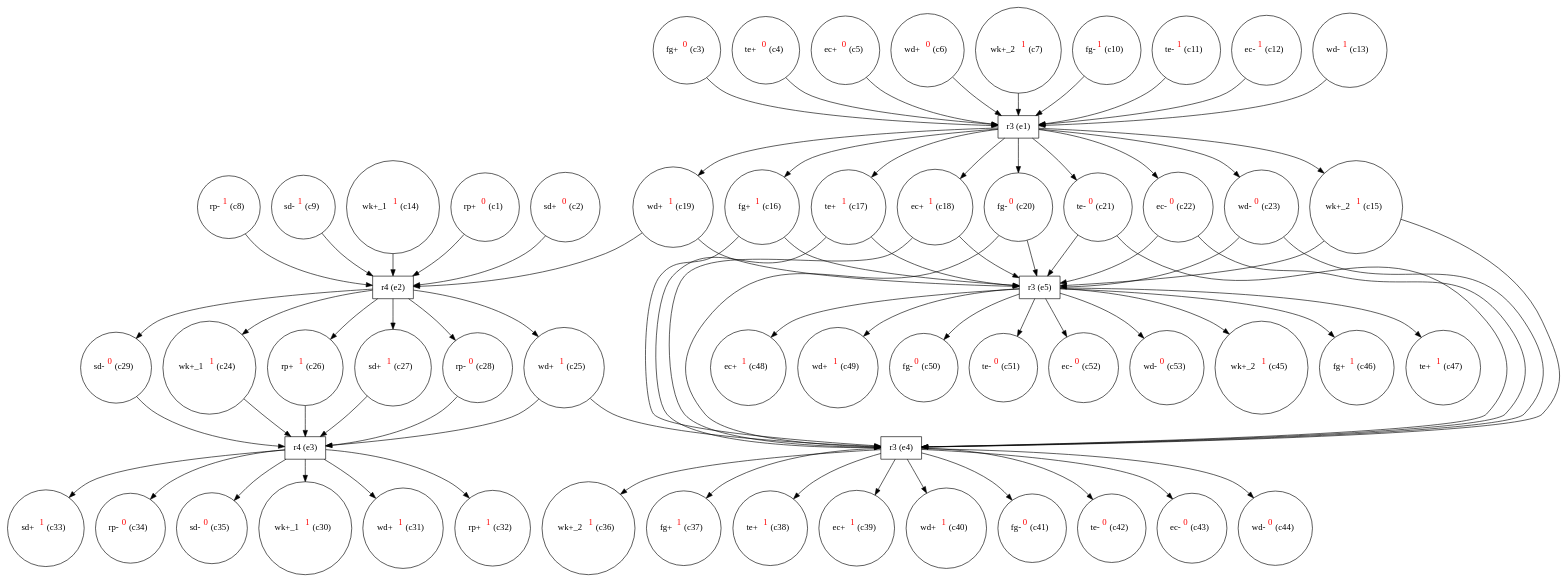
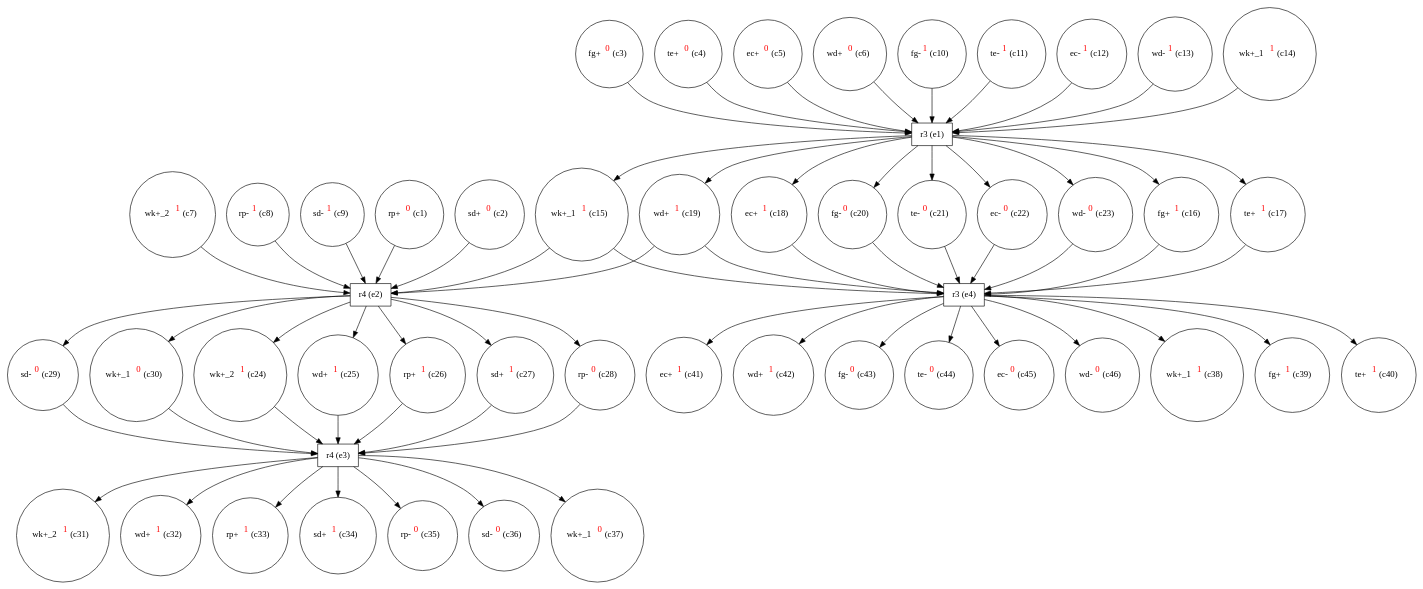
The diagram in termites_r3_eg.dot (giannkas/ecofolder), drawn with Graphviz before and after one commit. The commit also changed 25 other files, not shown here.

```diff
--- a/termites_r3_eg.dot
+++ b/termites_r3_eg.dot
@@ -1,138 +1,116 @@
 digraph test {
   c1 -> e2;
   c2 -> e2;
   c3 -> e1;
   c4 -> e1;
   c5 -> e1;
   c6 -> e1;
-  c7 -> e1;
+  c7 -> e2;
   c8 -> e2;
   c9 -> e2;
   c10 -> e1;
   c11 -> e1;
   c12 -> e1;
   c13 -> e1;
-  c14 -> e2;
+  c14 -> e1;
   e1 -> c15;
+  c15 -> e2;
   c15 -> e4;
-  c15 -> e5;
   e1 -> c16;
   c16 -> e4;
-  c16 -> e5;
   e1 -> c17;
   c17 -> e4;
-  c17 -> e5;
   e1 -> c18;
   c18 -> e4;
-  c18 -> e5;
   e1 -> c19;
   c19 -> e2;
-  c19 -> e5;
+  c19 -> e4;
   e1 -> c20;
   c20 -> e4;
-  c20 -> e5;
   e1 -> c21;
   c21 -> e4;
-  c21 -> e5;
   e1 -> c22;
   c22 -> e4;
-  c22 -> e5;
   e1 -> c23;
   c23 -> e4;
-  c23 -> e5;
   e2 -> c24;
   c24 -> e3;
   e2 -> c25;
   c25 -> e3;
-  c25 -> e4;
   e2 -> c26;
   c26 -> e3;
   e2 -> c27;
   c27 -> e3;
   e2 -> c28;
   c28 -> e3;
   e2 -> c29;
   c29 -> e3;
-  e3 -> c30;
+  e2 -> c30;
+  c30 -> e3;
   e3 -> c31;
   e3 -> c32;
   e3 -> c33;
   e3 -> c34;
   e3 -> c35;
-  e4 -> c36;
-  e4 -> c37;
+  e3 -> c36;
+  e3 -> c37;
   e4 -> c38;
   e4 -> c39;
   e4 -> c40;
   e4 -> c41;
   e4 -> c42;
   e4 -> c43;
   e4 -> c44;
-  e5 -> c45;
-  e5 -> c46;
-  e5 -> c47;
-  e5 -> c48;
-  e5 -> c49;
-  e5 -> c50;
-  e5 -> c51;
-  e5 -> c52;
-  e5 -> c53;
+  e4 -> c45;
+  e4 -> c46;
   c1 [label= <rp+<FONT COLOR="red"><SUP>0</SUP></FONT>&nbsp;(c1)> shape=circle];
   c2 [label= <sd+<FONT COLOR="red"><SUP>0</SUP></FONT>&nbsp;(c2)> shape=circle];
   c3 [label= <fg+<FONT COLOR="red"><SUP>0</SUP></FONT>&nbsp;(c3)> shape=circle];
   c4 [label= <te+<FONT COLOR="red"><SUP>0</SUP></FONT>&nbsp;(c4)> shape=circle];
   c5 [label= <ec+<FONT COLOR="red"><SUP>0</SUP></FONT>&nbsp;(c5)> shape=circle];
   c6 [label= <wd+<FONT COLOR="red"><SUP>0</SUP></FONT>&nbsp;(c6)> shape=circle];
   c7 [label= <wk+_2<FONT COLOR="red"><SUP>1</SUP></FONT>&nbsp;(c7)> shape=circle];
   c8 [label= <rp-<FONT COLOR="red"><SUP>1</SUP></FONT>&nbsp;(c8)> shape=circle];
   c9 [label= <sd-<FONT COLOR="red"><SUP>1</SUP></FONT>&nbsp;(c9)> shape=circle];
   c10 [label= <fg-<FONT COLOR="red"><SUP>1</SUP></FONT>&nbsp;(c10)> shape=circle];
   c11 [label= <te-<FONT COLOR="red"><SUP>1</SUP></FONT>&nbsp;(c11)> shape=circle];
   c12 [label= <ec-<FONT COLOR="red"><SUP>1</SUP></FONT>&nbsp;(c12)> shape=circle];
   c13 [label= <wd-<FONT COLOR="red"><SUP>1</SUP></FONT>&nbsp;(c13)> shape=circle];
   c14 [label= <wk+_1<FONT COLOR="red"><SUP>1</SUP></FONT>&nbsp;(c14)> shape=circle];
-  c15 [label= <wk+_2<FONT COLOR="red"><SUP>1</SUP></FONT>&nbsp;(c15)> shape=circle];
+  c15 [label= <wk+_1<FONT COLOR="red"><SUP>1</SUP></FONT>&nbsp;(c15)> shape=circle];
   c16 [label= <fg+<FONT COLOR="red"><SUP>1</SUP></FONT>&nbsp;(c16)> shape=circle];
   c17 [label= <te+<FONT COLOR="red"><SUP>1</SUP></FONT>&nbsp;(c17)> shape=circle];
   c18 [label= <ec+<FONT COLOR="red"><SUP>1</SUP></FONT>&nbsp;(c18)> shape=circle];
   c19 [label= <wd+<FONT COLOR="red"><SUP>1</SUP></FONT>&nbsp;(c19)> shape=circle];
   c20 [label= <fg-<FONT COLOR="red"><SUP>0</SUP></FONT>&nbsp;(c20)> shape=circle];
   c21 [label= <te-<FONT COLOR="red"><SUP>0</SUP></FONT>&nbsp;(c21)> shape=circle];
   c22 [label= <ec-<FONT COLOR="red"><SUP>0</SUP></FONT>&nbsp;(c22)> shape=circle];
   c23 [label= <wd-<FONT COLOR="red"><SUP>0</SUP></FONT>&nbsp;(c23)> shape=circle];
-  c24 [label= <wk+_1<FONT COLOR="red"><SUP>1</SUP></FONT>&nbsp;(c24)> shape=circle];
+  c24 [label= <wk+_2<FONT COLOR="red"><SUP>1</SUP></FONT>&nbsp;(c24)> shape=circle];
   c25 [label= <wd+<FONT COLOR="red"><SUP>1</SUP></FONT>&nbsp;(c25)> shape=circle];
   c26 [label= <rp+<FONT COLOR="red"><SUP>1</SUP></FONT>&nbsp;(c26)> shape=circle];
   c27 [label= <sd+<FONT COLOR="red"><SUP>1</SUP></FONT>&nbsp;(c27)> shape=circle];
   c28 [label= <rp-<FONT COLOR="red"><SUP>0</SUP></FONT>&nbsp;(c28)> shape=circle];
   c29 [label= <sd-<FONT COLOR="red"><SUP>0</SUP></FONT>&nbsp;(c29)> shape=circle];
-  c30 [label= <wk+_1<FONT COLOR="red"><SUP>1</SUP></FONT>&nbsp;(c30)> shape=circle];
-  c31 [label= <wd+<FONT COLOR="red"><SUP>1</SUP></FONT>&nbsp;(c31)> shape=circle];
-  c32 [label= <rp+<FONT COLOR="red"><SUP>1</SUP></FONT>&nbsp;(c32)> shape=circle];
-  c33 [label= <sd+<FONT COLOR="red"><SUP>1</SUP></FONT>&nbsp;(c33)> shape=circle];
-  c34 [label= <rp-<FONT COLOR="red"><SUP>0</SUP></FONT>&nbsp;(c34)> shape=circle];
-  c35 [label= <sd-<FONT COLOR="red"><SUP>0</SUP></FONT>&nbsp;(c35)> shape=circle];
-  c36 [label= <wk+_2<FONT COLOR="red"><SUP>1</SUP></FONT>&nbsp;(c36)> shape=circle];
-  c37 [label= <fg+<FONT COLOR="red"><SUP>1</SUP></FONT>&nbsp;(c37)> shape=circle];
-  c38 [label= <te+<FONT COLOR="red"><SUP>1</SUP></FONT>&nbsp;(c38)> shape=circle];
-  c39 [label= <ec+<FONT COLOR="red"><SUP>1</SUP></FONT>&nbsp;(c39)> shape=circle];
-  c40 [label= <wd+<FONT COLOR="red"><SUP>1</SUP></FONT>&nbsp;(c40)> shape=circle];
-  c41 [label= <fg-<FONT COLOR="red"><SUP>0</SUP></FONT>&nbsp;(c41)> shape=circle];
-  c42 [label= <te-<FONT COLOR="red"><SUP>0</SUP></FONT>&nbsp;(c42)> shape=circle];
-  c43 [label= <ec-<FONT COLOR="red"><SUP>0</SUP></FONT>&nbsp;(c43)> shape=circle];
-  c44 [label= <wd-<FONT COLOR="red"><SUP>0</SUP></FONT>&nbsp;(c44)> shape=circle];
-  c45 [label= <wk+_2<FONT COLOR="red"><SUP>1</SUP></FONT>&nbsp;(c45)> shape=circle];
-  c46 [label= <fg+<FONT COLOR="red"><SUP>1</SUP></FONT>&nbsp;(c46)> shape=circle];
-  c47 [label= <te+<FONT COLOR="red"><SUP>1</SUP></FONT>&nbsp;(c47)> shape=circle];
-  c48 [label= <ec+<FONT COLOR="red"><SUP>1</SUP></FONT>&nbsp;(c48)> shape=circle];
-  c49 [label= <wd+<FONT COLOR="red"><SUP>1</SUP></FONT>&nbsp;(c49)> shape=circle];
-  c50 [label= <fg-<FONT COLOR="red"><SUP>0</SUP></FONT>&nbsp;(c50)> shape=circle];
-  c51 [label= <te-<FONT COLOR="red"><SUP>0</SUP></FONT>&nbsp;(c51)> shape=circle];
-  c52 [label= <ec-<FONT COLOR="red"><SUP>0</SUP></FONT>&nbsp;(c52)> shape=circle];
-  c53 [label= <wd-<FONT COLOR="red"><SUP>0</SUP></FONT>&nbsp;(c53)> shape=circle];
+  c30 [label= <wk+_1<FONT COLOR="red"><SUP>0</SUP></FONT>&nbsp;(c30)> shape=circle];
+  c31 [label= <wk+_2<FONT COLOR="red"><SUP>1</SUP></FONT>&nbsp;(c31)> shape=circle];
+  c32 [label= <wd+<FONT COLOR="red"><SUP>1</SUP></FONT>&nbsp;(c32)> shape=circle];
+  c33 [label= <rp+<FONT COLOR="red"><SUP>1</SUP></FONT>&nbsp;(c33)> shape=circle];
+  c34 [label= <sd+<FONT COLOR="red"><SUP>1</SUP></FONT>&nbsp;(c34)> shape=circle];
+  c35 [label= <rp-<FONT COLOR="red"><SUP>0</SUP></FONT>&nbsp;(c35)> shape=circle];
+  c36 [label= <sd-<FONT COLOR="red"><SUP>0</SUP></FONT>&nbsp;(c36)> shape=circle];
+  c37 [label= <wk+_1<FONT COLOR="red"><SUP>0</SUP></FONT>&nbsp;(c37)> shape=circle];
+  c38 [label= <wk+_1<FONT COLOR="red"><SUP>1</SUP></FONT>&nbsp;(c38)> shape=circle];
+  c39 [label= <fg+<FONT COLOR="red"><SUP>1</SUP></FONT>&nbsp;(c39)> shape=circle];
+  c40 [label= <te+<FONT COLOR="red"><SUP>1</SUP></FONT>&nbsp;(c40)> shape=circle];
+  c41 [label= <ec+<FONT COLOR="red"><SUP>1</SUP></FONT>&nbsp;(c41)> shape=circle];
+  c42 [label= <wd+<FONT COLOR="red"><SUP>1</SUP></FONT>&nbsp;(c42)> shape=circle];
+  c43 [label= <fg-<FONT COLOR="red"><SUP>0</SUP></FONT>&nbsp;(c43)> shape=circle];
+  c44 [label= <te-<FONT COLOR="red"><SUP>0</SUP></FONT>&nbsp;(c44)> shape=circle];
+  c45 [label= <ec-<FONT COLOR="red"><SUP>0</SUP></FONT>&nbsp;(c45)> shape=circle];
+  c46 [label= <wd-<FONT COLOR="red"><SUP>0</SUP></FONT>&nbsp;(c46)> shape=circle];
   e1 [label="r3 (e1)" shape=box];
   e2 [label="r4 (e2)" shape=box];
   e3 [label="r4 (e3)" shape=box];
   e4 [label="r3 (e4)" shape=box];
-  e5 [label="r3 (e5)" shape=box];
 }
```
